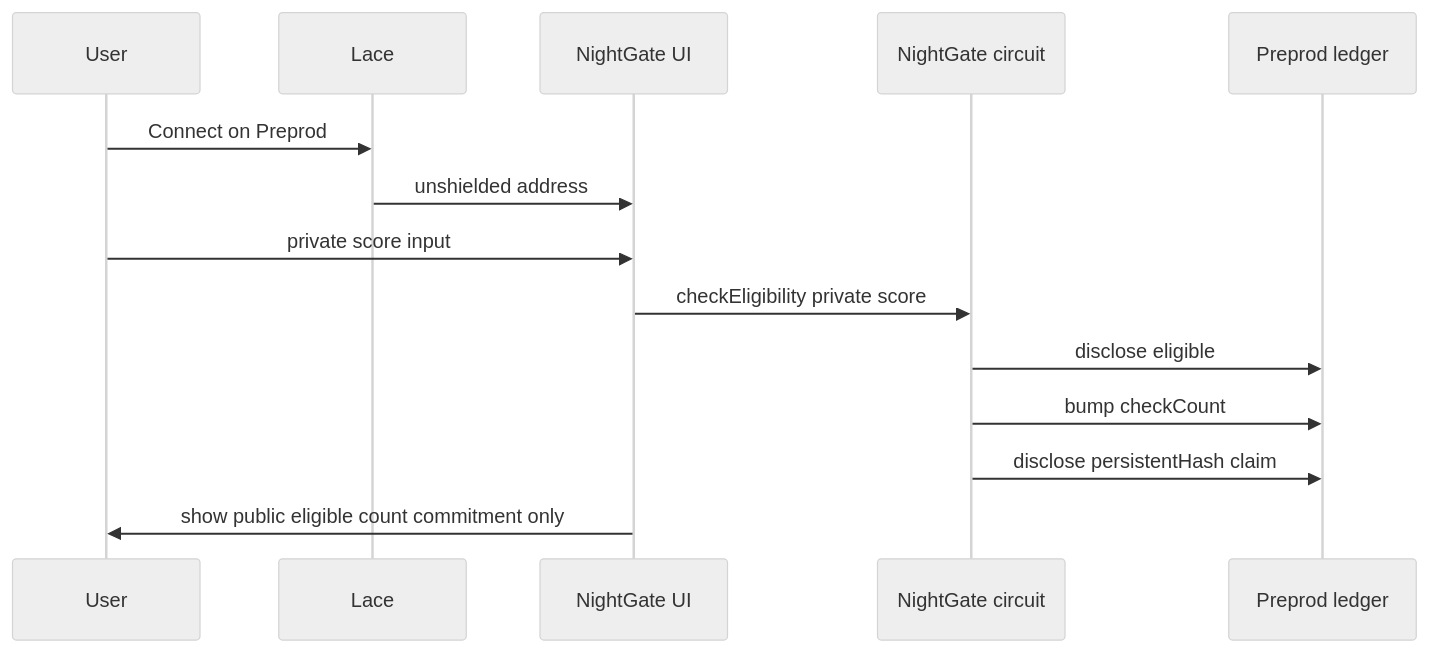
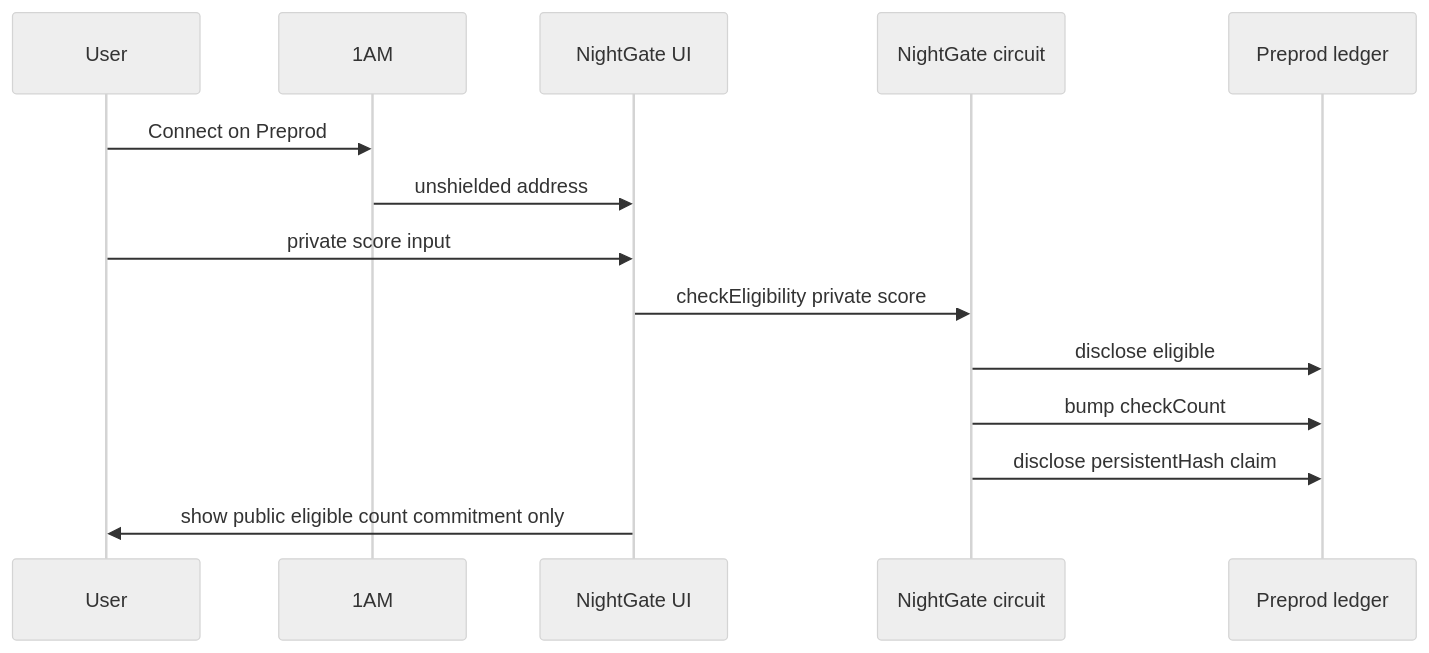
The second of 2 diagrams in README.md (manojaggarwal812/night-gate), drawn with Mermaid (neutral theme) before and after one commit. The commit also changed other lines of this file and 11 other files, not shown here.

````diff
--- a/README.md
+++ b/README.md
@@ -53,17 +53,17 @@
 ```mermaid
 sequenceDiagram
   participant User
-  participant Lace
+  participant OneAM as 1AM
   participant UI as NightGate UI
   participant Circuit as NightGate circuit
   participant Ledger as Preprod ledger
 
-  User->>Lace: Connect on Preprod
-  Lace->>UI: unshielded address
+  User->>OneAM: Connect on Preprod
+  OneAM->>UI: unshielded address
   User->>UI: private score input
   UI->>Circuit: checkEligibility private score
   Circuit->>Ledger: disclose eligible
   Circuit->>Ledger: bump checkCount
   Circuit->>Ledger: disclose persistentHash claim
   UI->>User: show public eligible count commitment only
 ```
````
